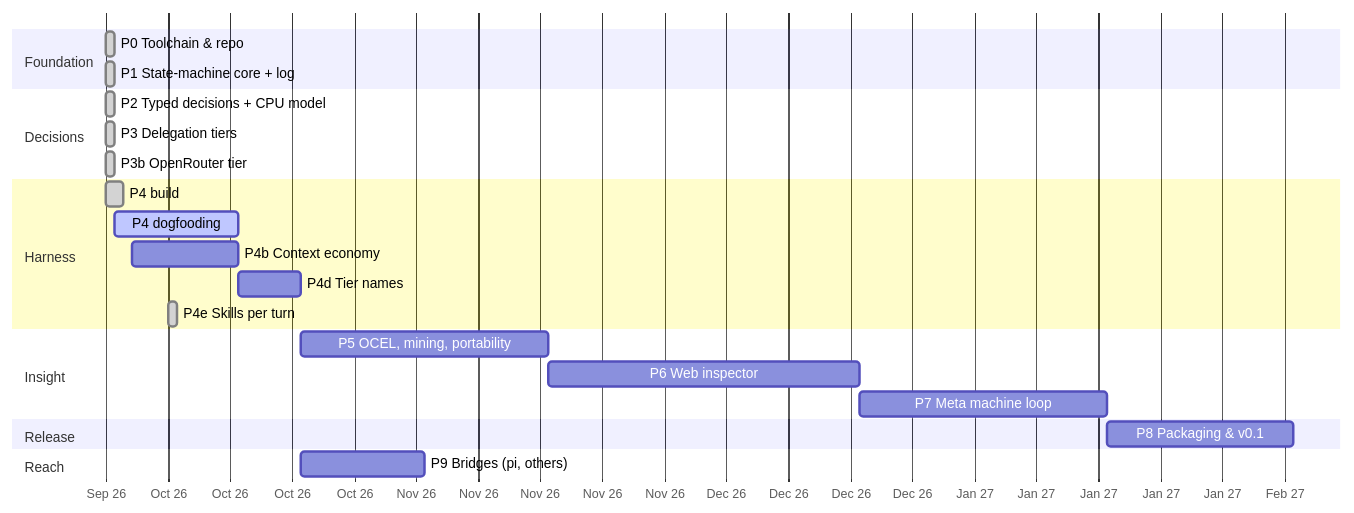
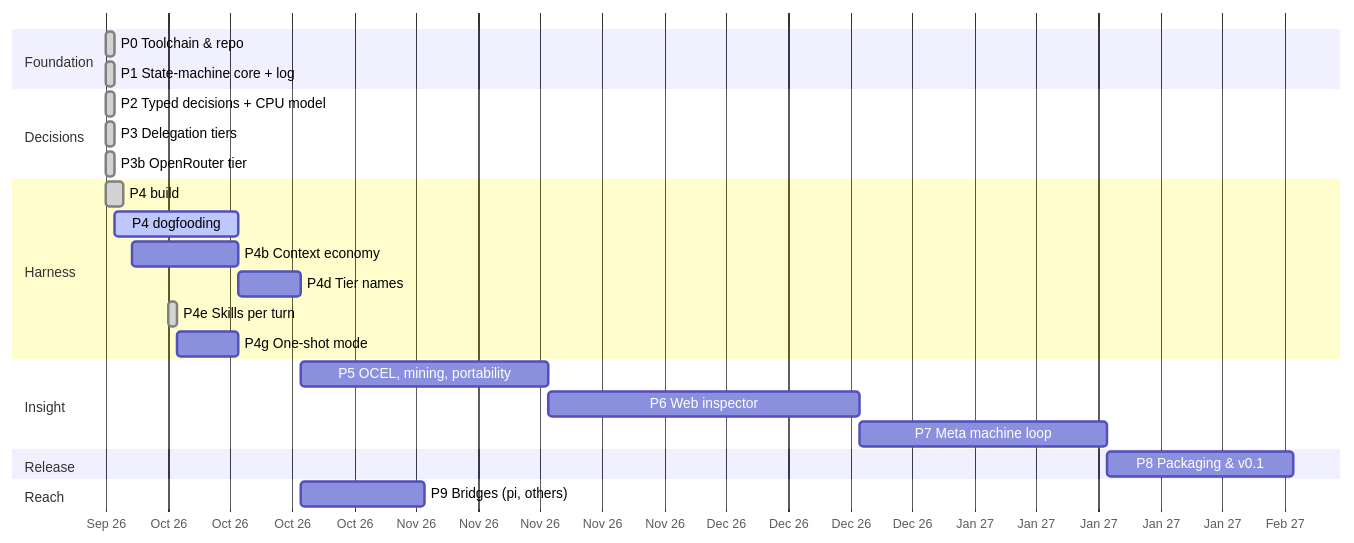
One commit to romeroabelleira/xeito changed the diagram in docs/implementation-plan.md. Above: the diagram before and after it, drawn with Mermaid. The commit also changed other lines of this file and 1 other file, not shown here.

First line of the commit message:
Plan P4g: one-shot mode and composable skills, from Fabric

````diff
--- a/docs/implementation-plan.md
+++ b/docs/implementation-plan.md
@@ -37,26 +38,27 @@
 ```mermaid
 gantt
   dateFormat YYYY-MM-DD
   axisFormat %b %y
   section Foundation
   P0 Toolchain & repo            :done, p0, 2026-09-27, 1d
   P1 State-machine core + log    :done, p1, 2026-09-27, 1d
   section Decisions
   P2 Typed decisions + CPU model :done, p2, 2026-09-27, 1d
   P3 Delegation tiers            :done, p3, 2026-09-27, 1d
   P3b OpenRouter tier            :done, p3b, 2026-09-27, 1d
   section Harness
   P4 build                       :done, p4b, 2026-09-27, 2d
   P4 dogfooding                  :active, p4d, 2026-09-28, 2w
   P4b Context economy            :p4b, 2026-09-30, 12d
   P4d Tier names                 :p4d, 2026-10-12, 1w
   P4e Skills per turn            :done, p4e, 2026-10-04, 1d
+  P4g One-shot mode              :p4g, after p4e, 1w
   section Insight
   P5 OCEL, mining, portability   :p5, after p4d, 4w
   P6 Web inspector               :p6, after p5, 5w
   P7 Meta machine loop           :p7, after p6, 4w
   section Release
   P8 Packaging & v0.1            :p8, after p7, 3w
   section Reach
   P9 Bridges (pi, others)        :p9, after p4d, 2w
 ```
````
